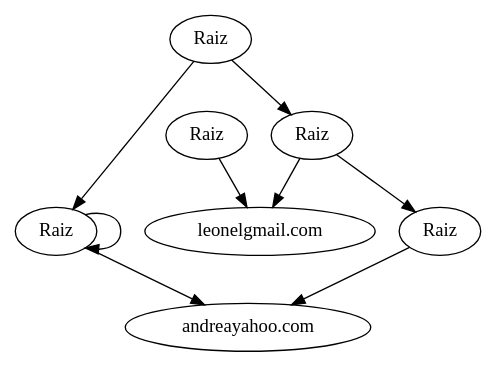
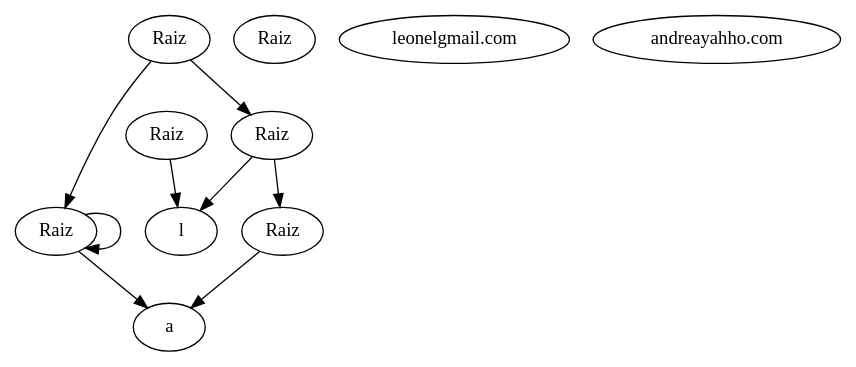
The diagram in src/ArchivosPy/Graficas/imgMatriz.dot (leonelzh21/Practica2s12017_201212802), drawn with Graphviz before and after one commit. The commit also changed 6 other files, not shown here.

```diff
--- a/src/ArchivosPy/Graficas/imgMatriz.dot
+++ b/src/ArchivosPy/Graficas/imgMatriz.dot
@@ -1,27 +1,27 @@
 // GraficaListaSimple
 digraph {
 	0 [label=Raiz]
 	5 [label=a]
 		0 -> 5 [constraint=true]
-	5 [label=a]
-	2 [label=l]
+	5 [label=Raiz]
+	2 [label=Raiz]
 		5 -> 5 [constraint=true]
 	1 [label=Raiz]
 	3 [label=l]
 		1 -> 3 [constraint=true]
 	4 [label=Raiz]
 	6 [label=a]
 		4 -> 6 [constraint=true]
-	0 [label=Raiz]
-	1 [label=Raiz]
+	Raiz [label=Raiz]
+	"gmail.com" [label=Raiz]
 		0 -> 1 [constraint=true]
-	1 [label=Raiz]
-	4 [label=Raiz]
+	"gmail.com" [label="gmail.com"]
+	"yahho.com" [label=Raiz]
 		1 -> 4 [constraint=true]
-	5 [label=Raiz]
-	6 [label="andreayahoo.com"]
+	Raiz [label=Raiz]
+	"yahho.com" [label="andreayahho.com"]
 		5 -> 6 [constraint=true]
-	2 [label=Raiz]
-	3 [label="leonelgmail.com"]
+	Raiz [label=Raiz]
+	"gmail.com" [label="leonelgmail.com"]
 		2 -> 3 [constraint=true]
 }
```
